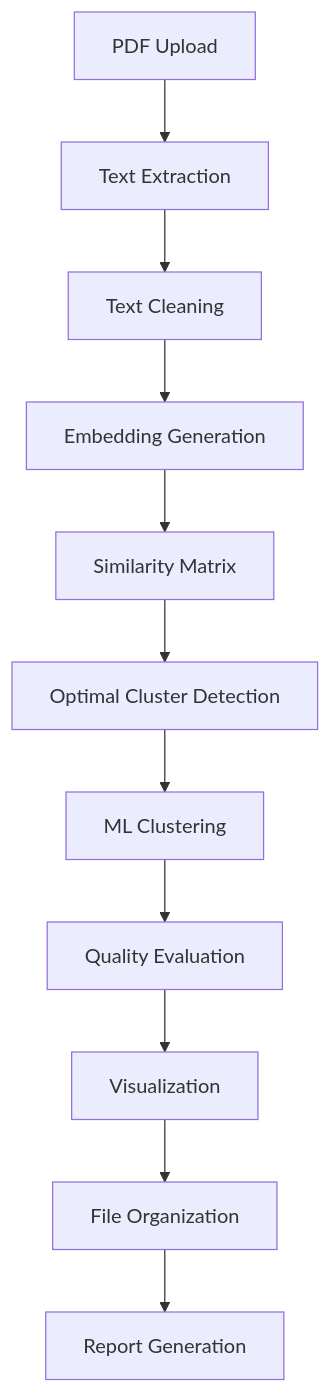
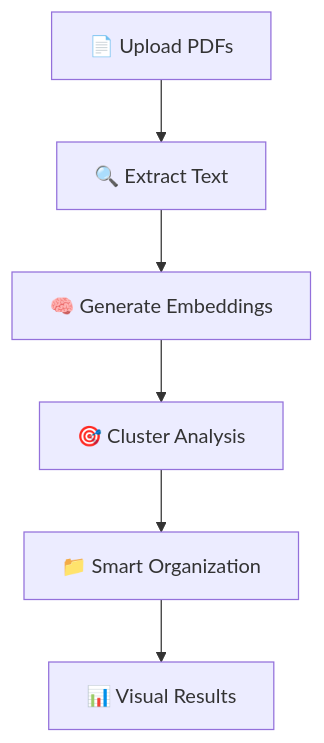
The diagram in README.md (AmenKaabachi/pdf_organizer), drawn with Mermaid before and after one commit. The commit also changed other lines of this file and 13 other files, not shown here.

````diff
--- a/README.md
+++ b/README.md
@@ -492,13 +90,8 @@
 ```mermaid
 graph TD
-    A[PDF Upload] --> B[Text Extraction]
-    B --> C[Text Cleaning]
-    C --> D[Embedding Generation]
-    D --> E[Similarity Matrix]
-    E --> F[Optimal Cluster Detection]
-    F --> G[ML Clustering]
-    G --> H[Quality Evaluation]
-    H --> I[Visualization]
-    I --> J[File Organization]
-    J --> K[Report Generation]
+    A[📄 Upload PDFs] --> B[🔍 Extract Text]
+    B --> C[🧠 Generate Embeddings]
+    C --> D[🎯 Cluster Analysis]
+    D --> E[📁 Smart Organization]
+    E --> F[📊 Visual Results]
 ```
````
